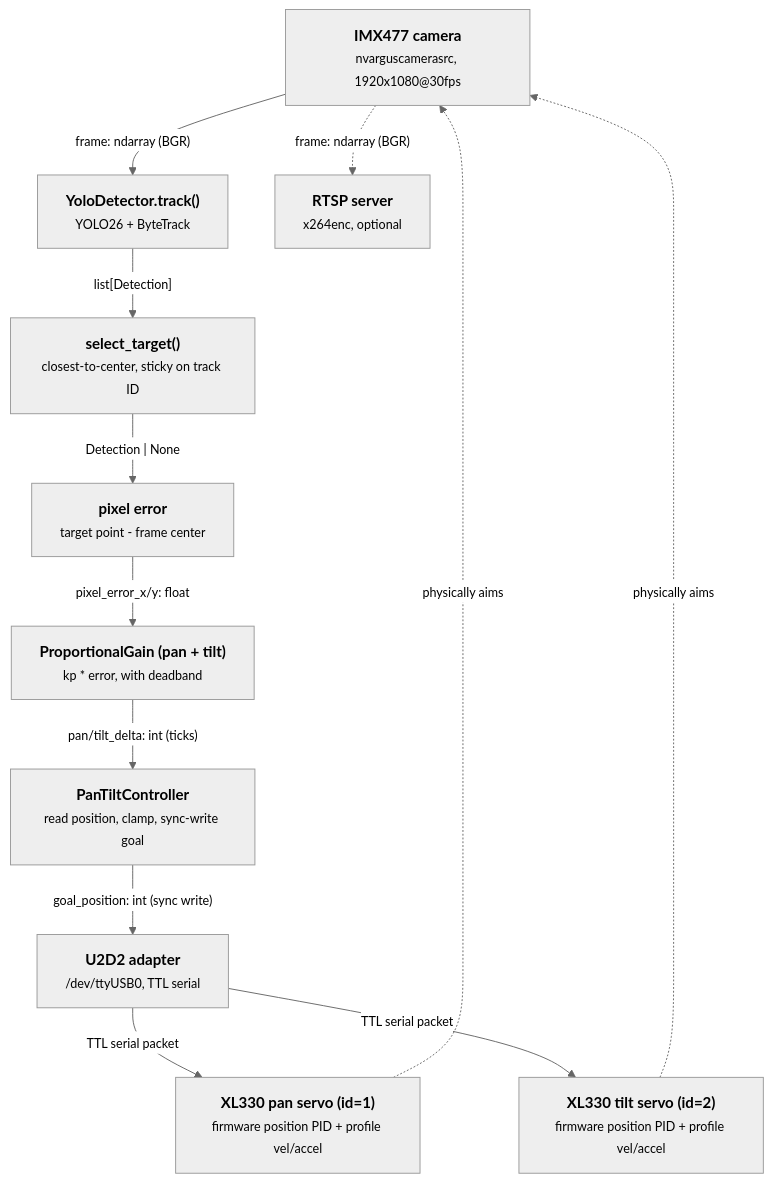
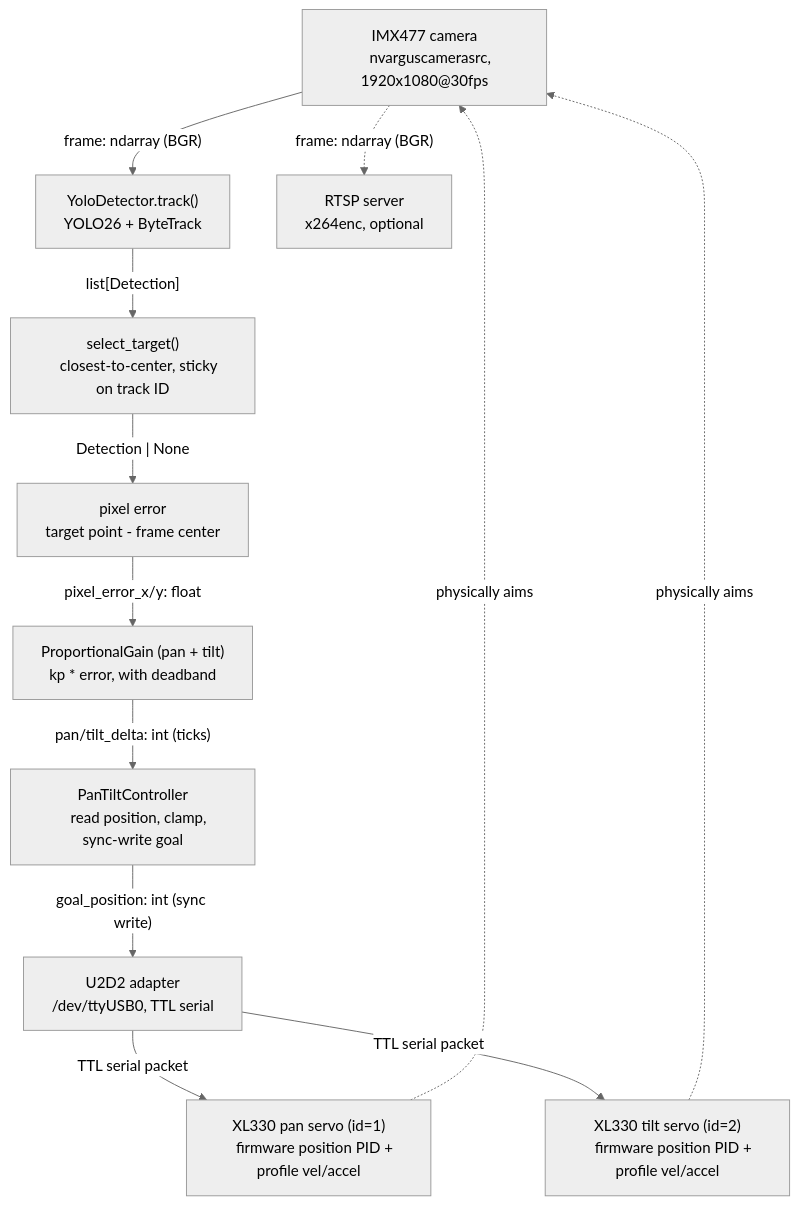
One commit to beecars/pan-tilt-track changed the diagram in README.md. Above: the diagram before and after it, drawn with Mermaid (neutral theme).

Commit message:
readme update

````diff
--- a/README.md
+++ b/README.md
@@ -29,25 +29,35 @@
 ```mermaid
 flowchart TD
-    CAM["<b>IMX477 camera</b><br/><small>nvarguscamerasrc, 1920x1080@30fps</small>"]
-    DET["<b>YoloDetector.track()</b><br/><small>YOLO26 + ByteTrack</small>"]
-    SEL["<b>select_target()</b><br/><small>closest-to-center, sticky on track ID</small>"]
-    ERR["<b>pixel error</b><br/><small>target point - frame center</small>"]
-    GAIN["<b>ProportionalGain (pan + tilt)</b><br/><small>kp * error, with deadband</small>"]
-    CTRL["<b>PanTiltController</b><br/><small>read position, clamp, sync-write goal</small>"]
-    U2D2["<b>U2D2 adapter</b><br/><small>/dev/ttyUSB0, TTL serial</small>"]
-    PAN["<b>XL330 pan servo (id=1)</b><br/><small>firmware position PID + profile vel/accel</small>"]
-    TILT["<b>XL330 tilt servo (id=2)</b><br/><small>firmware position PID + profile vel/accel</small>"]
-    RTSP["<b>RTSP server</b><br/><small>x264enc, optional</small>"]
+    CAM["IMX477 camera
+    nvarguscamerasrc, 1920x1080@30fps"]
+    DET["YoloDetector.track()
+    YOLO26 + ByteTrack"]
+    SEL["select_target()
+    closest-to-center, sticky on track ID"]
+    ERR["pixel error
+    target point - frame center"]
+    GAIN["ProportionalGain (pan + tilt)
+    kp * error, with deadband"]
+    CTRL["PanTiltController
+    read position, clamp, sync-write goal"]
+    U2D2["U2D2 adapter
+    /dev/ttyUSB0, TTL serial"]
+    PAN["XL330 pan servo (id=1)
+    firmware position PID + profile vel/accel"]
+    TILT["XL330 tilt servo (id=2)
+    firmware position PID + profile vel/accel"]
+    RTSP["RTSP server
+    x264enc, optional"]
 
-    CAM -- "<small>frame: ndarray (BGR)</small>" --> DET
-    DET -- "<small>list[Detection]</small>" --> SEL
-    SEL -- "<small>Detection | None</small>" --> ERR
-    ERR -- "<small>pixel_error_x/y: float</small>" --> GAIN
-    GAIN -- "<small>pan/tilt_delta: int (ticks)</small>" --> CTRL
-    CTRL -- "<small>goal_position: int (sync write)</small>" --> U2D2
-    U2D2 -- "<small>TTL serial packet</small>" --> PAN
-    U2D2 -- "<small>TTL serial packet</small>" --> TILT
-    PAN -. "<small>physically aims</small>" .-> CAM
-    TILT -. "<small>physically aims</small>" .-> CAM
-    CAM -. "<small>frame: ndarray (BGR)</small>" .-> RTSP
+    CAM -- "frame: ndarray (BGR)" --> DET
+    DET -- "list[Detection]" --> SEL
+    SEL -- "Detection | None" --> ERR
+    ERR -- "pixel_error_x/y: float" --> GAIN
+    GAIN -- "pan/tilt_delta: int (ticks)" --> CTRL
+    CTRL -- "goal_position: int (sync write)" --> U2D2
+    U2D2 -- "TTL serial packet" --> PAN
+    U2D2 -- "TTL serial packet" --> TILT
+    PAN -. "physically aims" .-> CAM
+    TILT -. "physically aims" .-> CAM
+    CAM -. "frame: ndarray (BGR)" .-> RTSP
 ```
````
